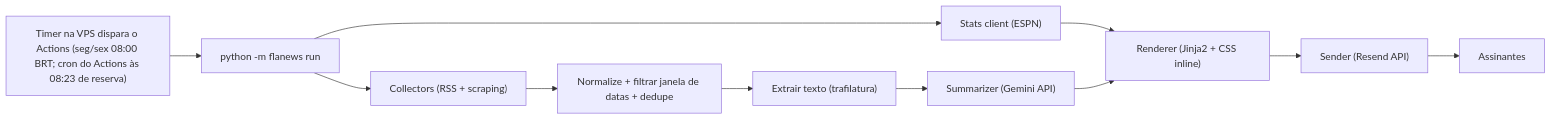
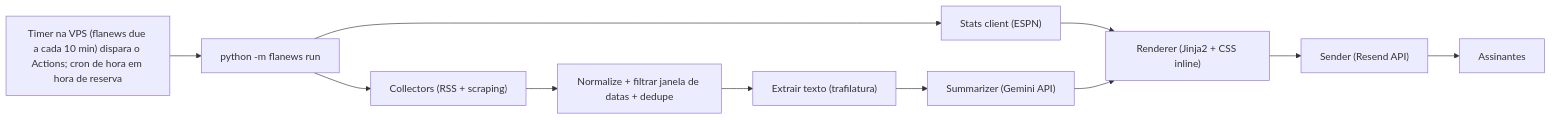
One commit to dpontejs/flamengo-news changed the diagram in docs/PLAN.md. Above: the diagram before and after it, drawn with Mermaid. The commit also changed other lines of this file and 9 other files, not shown here.

````diff
--- a/docs/PLAN.md
+++ b/docs/PLAN.md
@@ -12,13 +12,13 @@
 ```mermaid
 flowchart LR
-    CRON["Timer na VPS dispara o Actions (seg/sex 08:00 BRT; cron do Actions às 08:23 de reserva)"] --> RUN["python -m flanews run"]
+    CRON["Timer na VPS (flanews due a cada 10 min) dispara o Actions; cron de hora em hora de reserva"] --> RUN["python -m flanews run"]
     RUN --> COL["Collectors (RSS + scraping)"]
     RUN --> STATS["Stats client (ESPN)"]
     COL --> NORM["Normalize + filtrar janela de datas + dedupe"]
     NORM --> EXT["Extrair texto (trafilatura)"]
     EXT --> SUM["Summarizer (Gemini API)"]
     STATS --> REND["Renderer (Jinja2 + CSS inline)"]
     SUM --> REND
     REND --> SEND["Sender (Resend API)"]
     SEND --> SUBS["Assinantes"]
 ```
````
